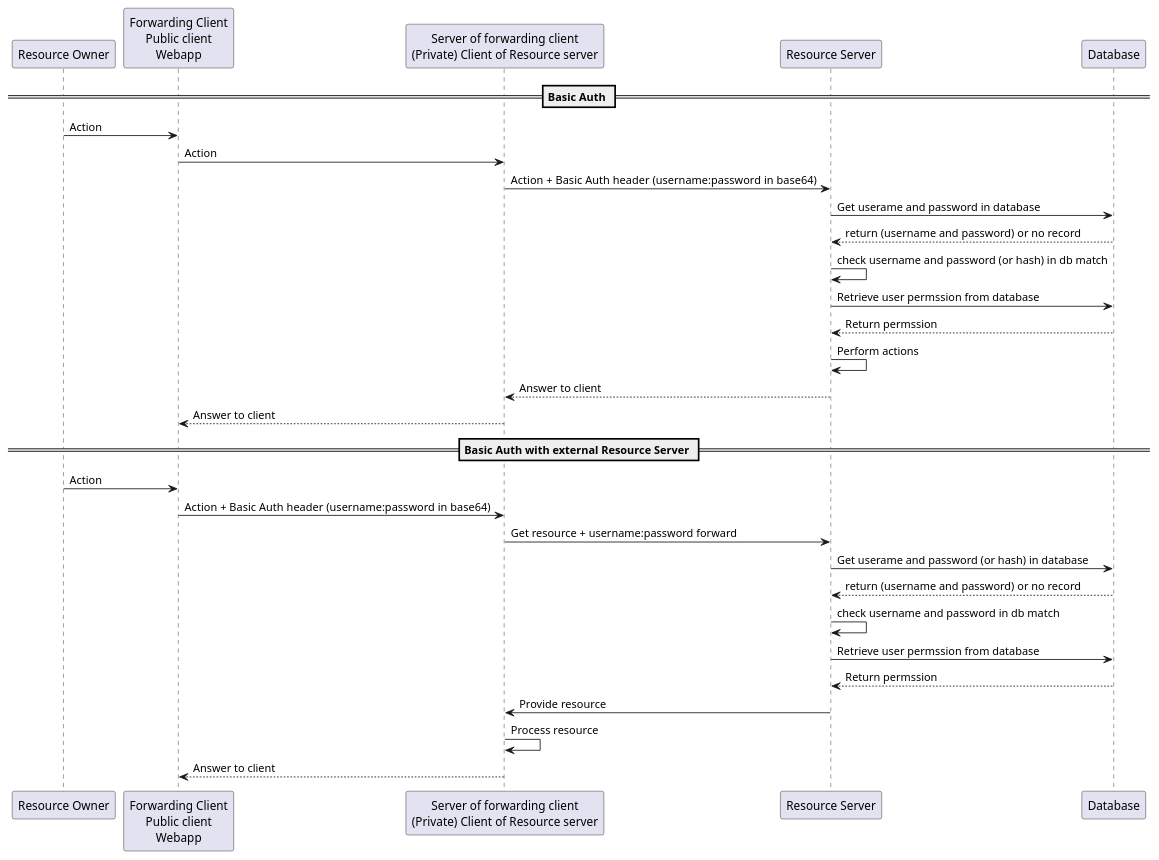
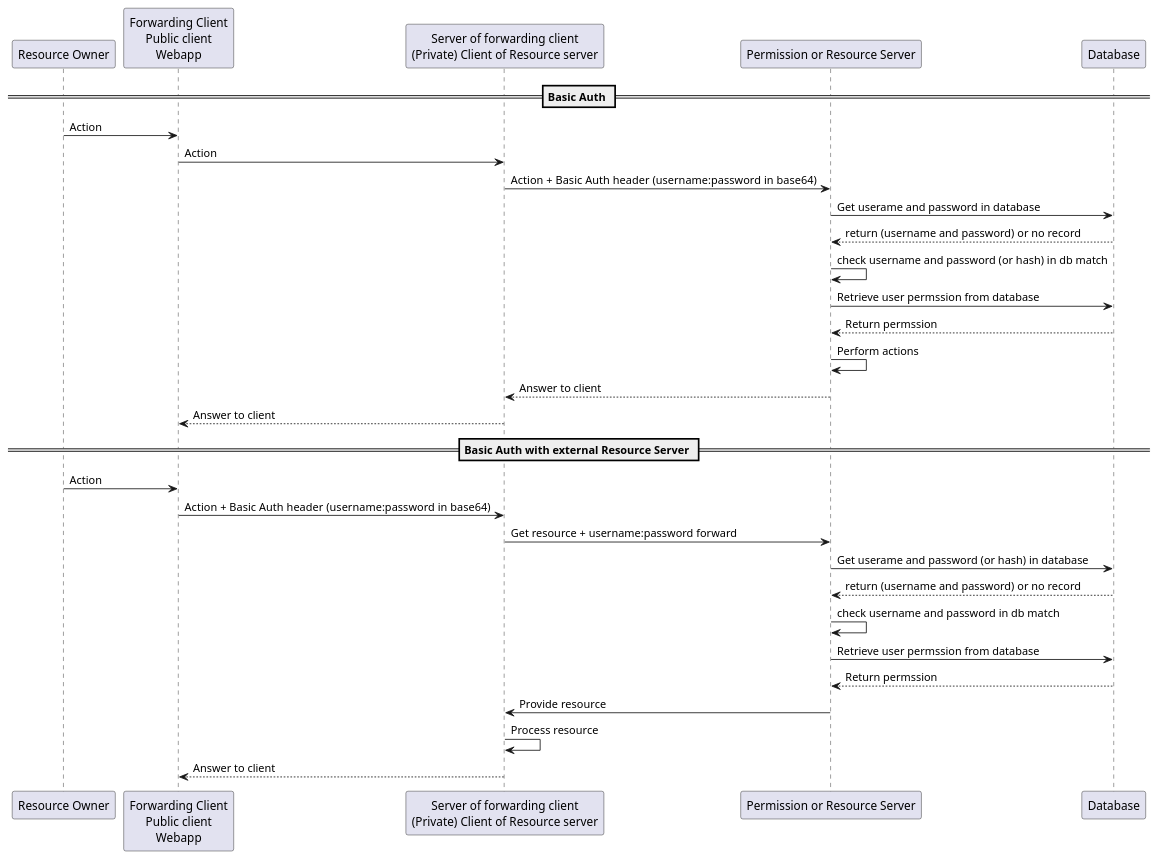
One commit to scoulomb/misc-notes changed the diagram in oauth/0-basic-auth.puml. Above: the diagram before and after it, drawn with PlantUML. The commit also changed 4 other files, not shown here.

```diff
--- a/oauth/0-basic-auth.puml
+++ b/oauth/0-basic-auth.puml
@@ -1,43 +1,43 @@
 @startuml
 participant "Resource Owner" as RO
 participant "Forwarding Client\nPublic client\nWebapp" as FWDC
 participant "Server of forwarding client\n(Private) Client of Resource server" as C 
-participant "Resource Server" as RS 
+participant "Permission or Resource Server" as RS 
 participant Database as DB
 
 
 == Basic Auth ==
 
 RO -> FWDC: Action
 FWDC -> C: Action
 C -> RS: Action  + Basic Auth header (username:password in base64)
 RS -> DB: Get userame and password in database
 DB --> RS: return (username and password) or no record
 RS -> RS: check username and password (or hash) in db match
 RS -> DB : Retrieve user permssion from database
 DB --> RS: Return permssion 
 RS -> RS : Perform actions
 RS --> C: Answer to client  
 C --> FWDC: Answer to client  
 
 ' Digest is similar to basic auth except we receive a password hash
 ' This describes the case where client is a webapp talking directly to the resourceRServer
 
 ' Below we describe the case where we have a a server dedicated to the resource accessed by resource owner
 
 == Basic Auth with external Resource Server ==
 
 RO -> FWDC: Action
 FWDC -> C: Action  + Basic Auth header (username:password in base64)
 C -> RS: Get resource + username:password forward
 RS  -> DB: Get userame and password (or hash) in database
 DB --> RS: return (username and password) or no record
 RS -> RS: check username and password in db match
 RS -> DB : Retrieve user permssion from database
 DB --> RS: Return permssion 
 RS -> C : Provide resource
 C -> C: Process resource
 C --> FWDC: Answer to client  
 
 
 @enduml
```
